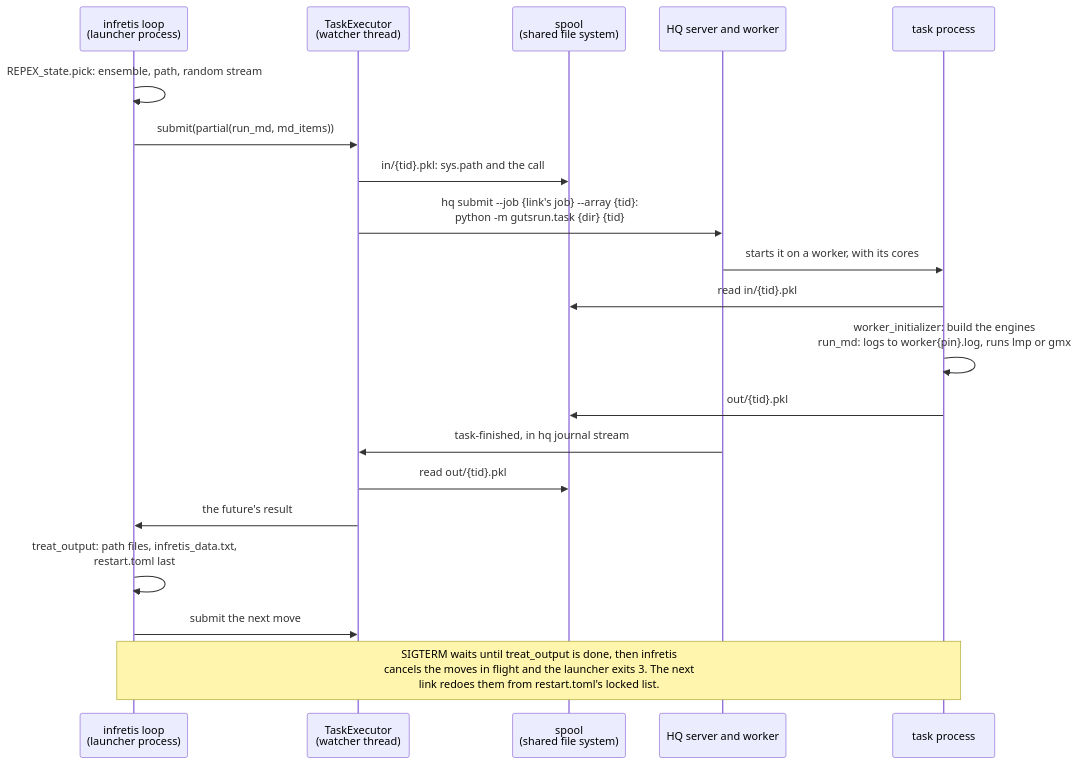
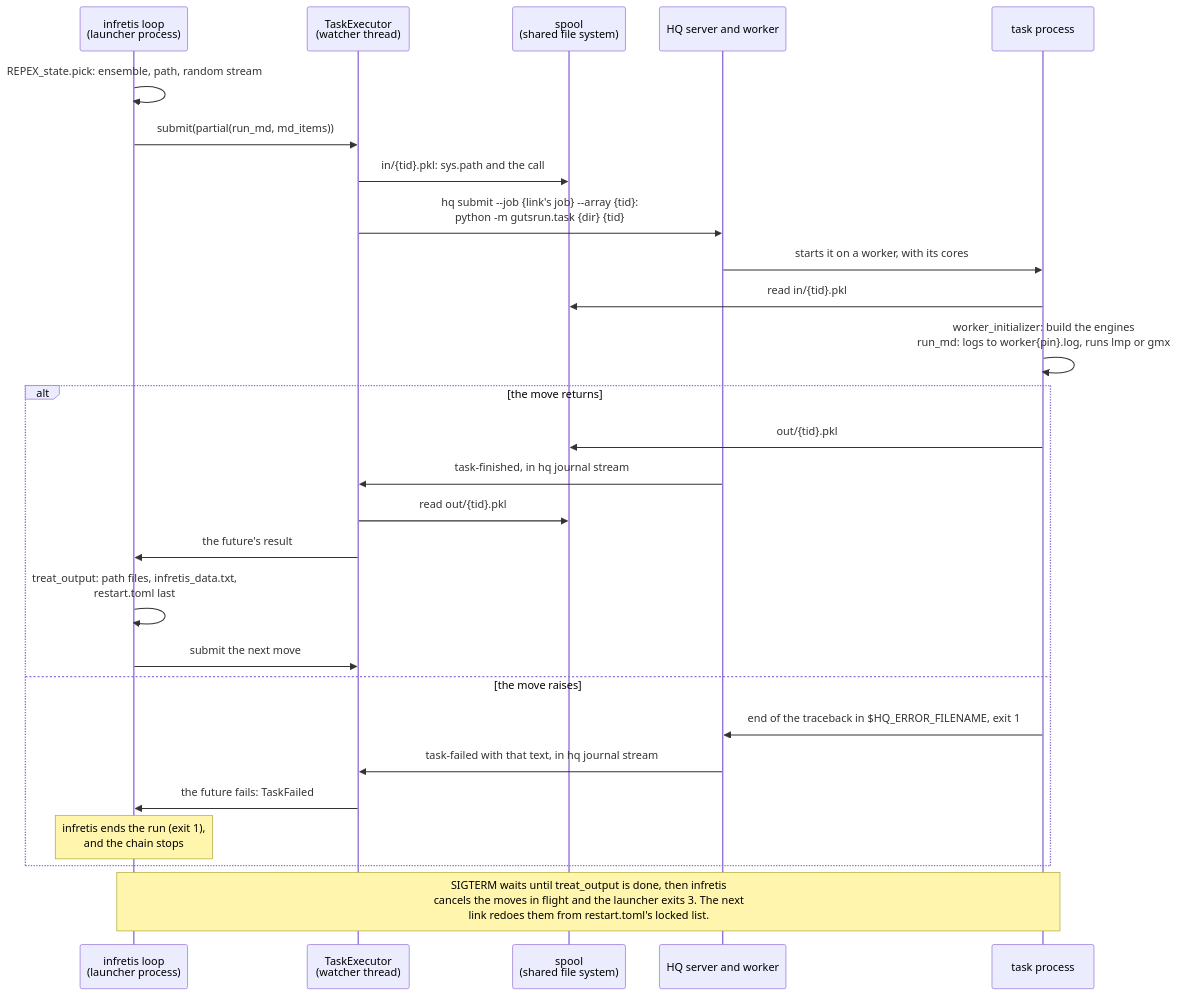
One commit to GUTSframework/infretis_hyperqueue changed the third of 3 diagrams in DEVELOPMENT.md. Above: the diagram before and after it, drawn with Mermaid. The commit also changed other lines of this file, not shown here.

First line of the commit message:
DEVELOPMENT.md: redraw the charts

````diff
--- a/DEVELOPMENT.md
+++ b/DEVELOPMENT.md
@@ -122,23 +117,30 @@
 ```mermaid
 sequenceDiagram
     participant R as infretis loop<br/>(launcher process)
     participant X as TaskExecutor<br/>(watcher thread)
     participant S as spool<br/>(shared file system)
     participant H as HQ server and worker
     participant T as task process
 
     R->>R: REPEX_state.pick: ensemble, path, random stream
     R->>X: submit(partial(run_md, md_items))
     X->>S: in/{tid}.pkl: sys.path and the call
     X->>H: hq submit --job {link's job} --array {tid}:<br/>python -m gutsrun.task {dir} {tid}
     H->>T: starts it on a worker, with its cores
     T->>S: read in/{tid}.pkl
     T->>T: worker_initializer: build the engines<br/>run_md: logs to worker{pin}.log, runs lmp or gmx
-    T->>S: out/{tid}.pkl
-    H->>X: task-finished, in hq journal stream
-    X->>S: read out/{tid}.pkl
-    X->>R: the future's result
-    R->>R: treat_output: path files, infretis_data.txt,<br/>restart.toml last
-    R->>X: submit the next move
+    alt the move returns
+        T->>S: out/{tid}.pkl
+        H->>X: task-finished, in hq journal stream
+        X->>S: read out/{tid}.pkl
+        X->>R: the future's result
+        R->>R: treat_output: path files, infretis_data.txt,<br/>restart.toml last
+        R->>X: submit the next move
+    else the move raises
+        T->>H: end of the traceback in $HQ_ERROR_FILENAME, exit 1
+        H->>X: task-failed with that text, in hq journal stream
+        X->>R: the future fails: TaskFailed
+        Note over R: infretis ends the run (exit 1),<br/>and the chain stops
+    end
     Note over R,T: SIGTERM waits until treat_output is done, then infretis<br/>cancels the moves in flight and the launcher exits 3. The next<br/>link redoes them from restart.toml's locked list.
 ```
````
